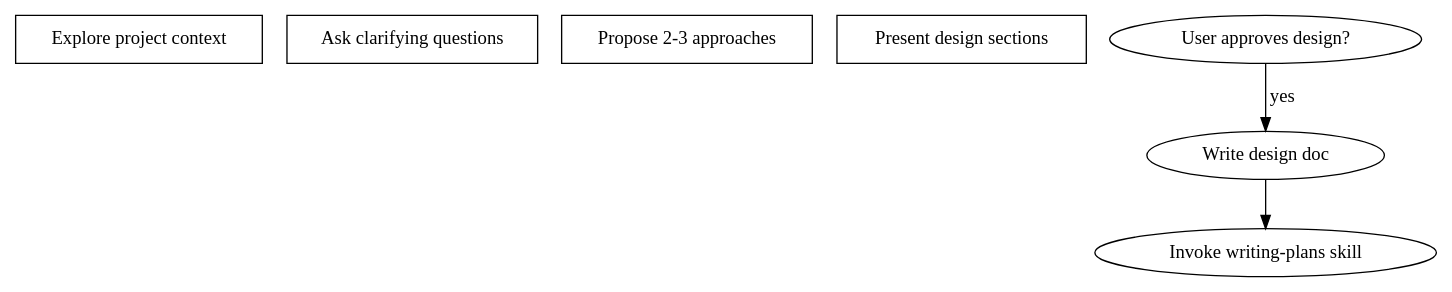
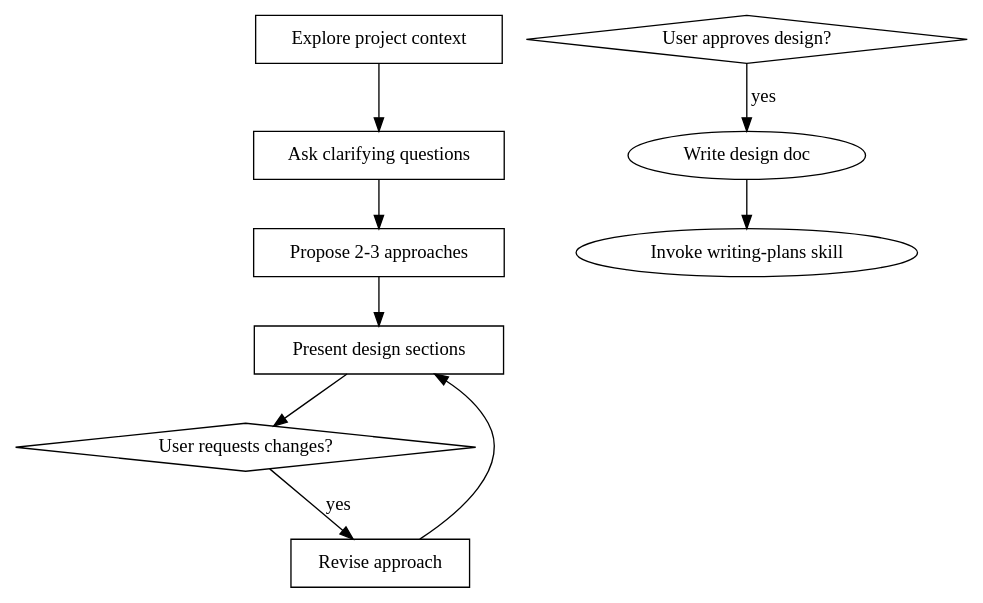
The diagram in resources/skills/core/brainstorming/SKILL.md (basidiocarp/lamella), drawn with Graphviz before and after one commit. The commit also changed 1251 other files, not shown here.

````diff
--- a/resources/skills/core/brainstorming/SKILL.md
+++ b/resources/skills/core/brainstorming/SKILL.md
@@ -53,11 +53,20 @@
 ```dot
 digraph brainstorming {
     "Explore project context" [shape=box];
     "Ask clarifying questions" [shape=box];
     "Propose 2-3 approaches" [shape=box];
     "Present design sections" [shape=box];
-// ... (9 lines trimmed)
+    "User requests changes?" [shape=diamond];
+    "Revise approach" [shape=box];
+    "User approves design?" [shape=diamond];
+
+    "Explore project context" -> "Ask clarifying questions";
+    "Ask clarifying questions" -> "Propose 2-3 approaches";
+    "Propose 2-3 approaches" -> "Present design sections";
+    "Present design sections" -> "User requests changes?";
+    "User requests changes?" -> "Revise approach" [label="yes"];
+    "Revise approach" -> "Present design sections";
     "User approves design?" -> "Write design doc" [label="yes"];
     "Write design doc" -> "Invoke writing-plans skill";
 }
 ```
````
